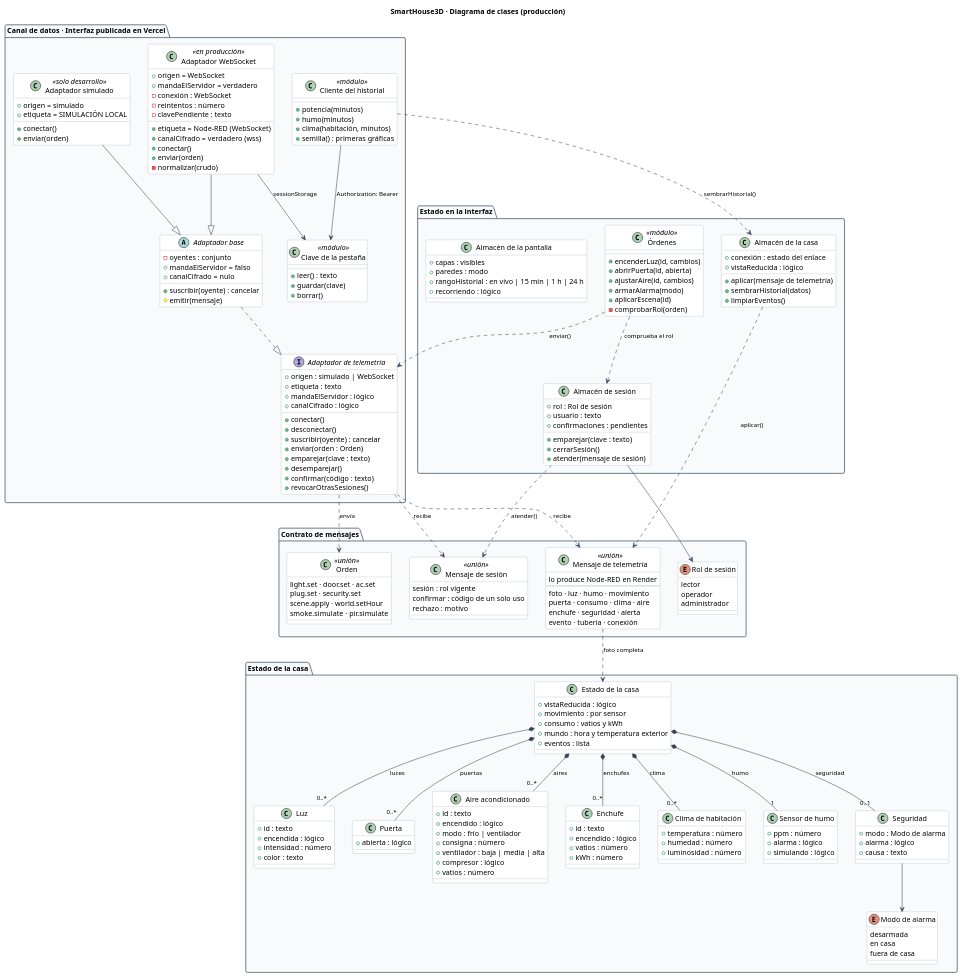
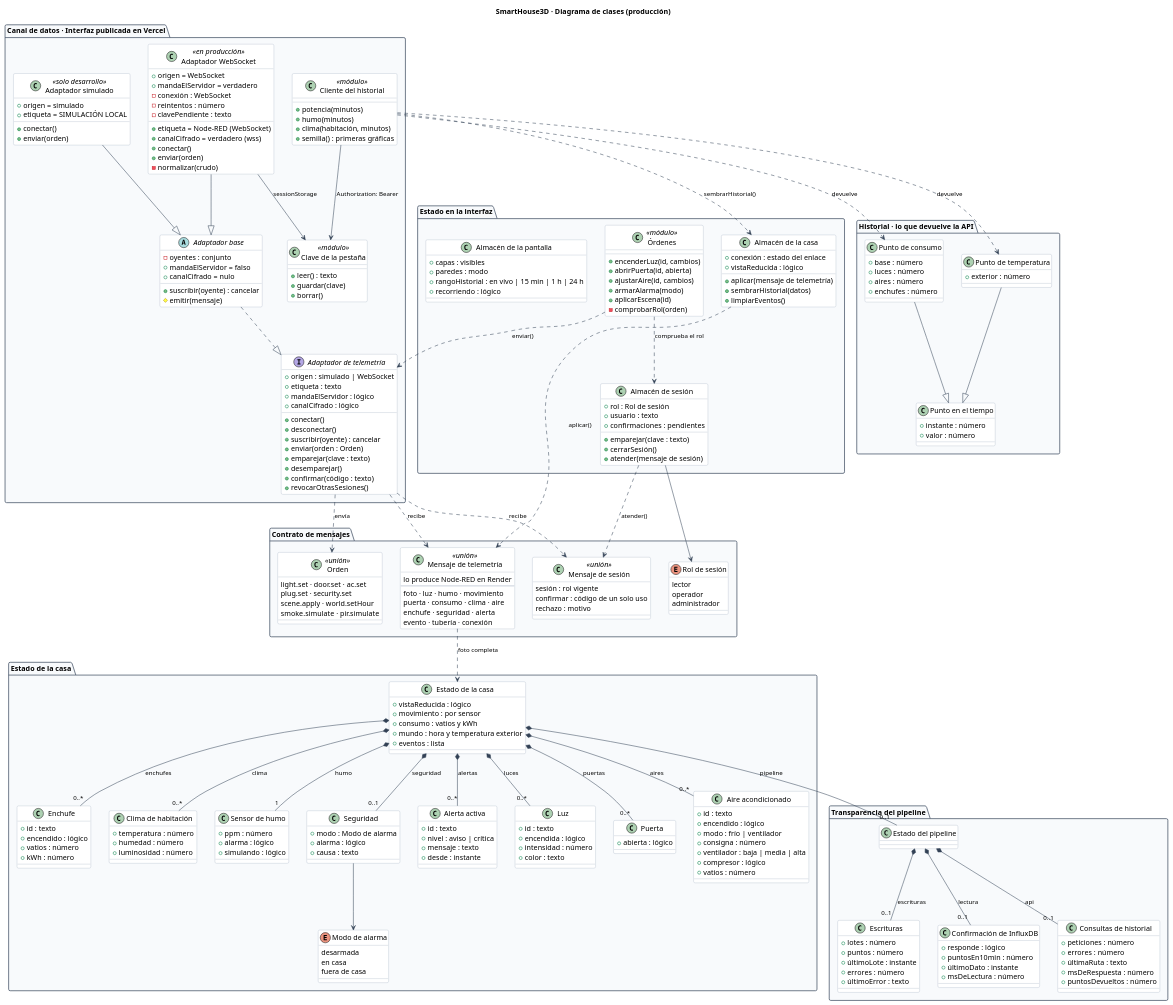
The diagram in docs/diagramas/clases.puml (WilderG2004/SmartHouse3D), drawn with PlantUML before and after one commit. The commit also changed 1 other file, not shown here.

Commit message:
Clases: historial, alertas y el grupo del pipeline
Faltaban tres cosas que si estan en src/types/iot.ts:

- Alerta activa, que el estado de la casa compone con multiplicidad
  0..*.
- Los tipos del historial: Punto en el tiempo y, heredando de el, Punto
  de consumo y Punto de temperatura. Es la segunda herencia real del
  diseño, ademas de la de los adaptadores, y hasta ahora el cliente del
  historial no mostraba que devolvia.
- El grupo del pipeline: estado, escrituras, confirmacion de InfluxDB y
  consultas de historial, que es lo que alimenta las cuatro tarjetas del
  panel «Pipeline IoT».

Quedan fuera a proposito las ocho definiciones de house.config.ts
(LightDef, AcDef, PlugDef…): describen como esta hecha la casa, no su
estado, y junto a las clases de estado confundirian.

```diff
--- a/docs/diagramas/clases.puml
+++ b/docs/diagramas/clases.puml
@@ -181,6 +181,14 @@
     fuera de casa
   }
 
+  class "Alerta activa" as ActiveAlert {
+    +id : texto
+    +nivel : aviso | crítica
+    +mensaje : texto
+    +desde : instante
+  }
+
+  HouseSnapshot *-- "0..*" ActiveAlert : alertas
   HouseSnapshot *-- "0..*" LightState : luces
   HouseSnapshot *-- "0..*" DoorState : puertas
   HouseSnapshot *-- "0..*" AcState : aires
@@ -189,6 +197,59 @@
   HouseSnapshot *-- "1" SmokeState : humo
   HouseSnapshot *-- "0..1" SecurityState : seguridad
   SecurityState --> SecurityMode
+}
+
+package "Historial · lo que devuelve la API" {
+  class "Punto en el tiempo" as TimePoint {
+    +instante : número
+    +valor : número
+  }
+
+  class "Punto de consumo" as PowerPoint {
+    +base : número
+    +luces : número
+    +aires : número
+    +enchufes : número
+  }
+
+  class "Punto de temperatura" as ClimatePoint {
+    +exterior : número
+  }
+
+  PowerPoint --|> TimePoint
+  ClimatePoint --|> TimePoint
+}
+
+package "Transparencia del pipeline" {
+  class "Estado del pipeline" as PipelineState {
+  }
+
+  class "Escrituras" as PipelineWrites {
+    +lotes : número
+    +puntos : número
+    +últimoLote : instante
+    +errores : número
+    +últimoError : texto
+  }
+
+  class "Confirmación de InfluxDB" as PipelineStore {
+    +responde : lógico
+    +puntosEn10min : número
+    +últimoDato : instante
+    +msDeLectura : número
+  }
+
+  class "Consultas de historial" as PipelineApi {
+    +peticiones : número
+    +errores : número
+    +últimaRuta : texto
+    +msDeRespuesta : número
+    +puntosDevueltos : número
+  }
+
+  PipelineState *-- "0..1" PipelineWrites : escrituras
+  PipelineState *-- "0..1" PipelineStore : lectura
+  PipelineState *-- "0..1" PipelineApi : api
 }
 
 package "Estado en la interfaz" {
@@ -234,6 +295,9 @@
 TelemetryMessage ..> HouseSnapshot : "foto completa"
 HouseStore ..> TelemetryMessage : "aplicar()"
 historyApi ..> HouseStore : "sembrarHistorial()"
+historyApi ..> PowerPoint : "devuelve"
+historyApi ..> ClimatePoint : "devuelve"
+HouseSnapshot *-- "0..1" PipelineState : pipeline
 SessionStore ..> SessionMessage : "atender()"
 SessionStore --> SessionRole
 
```
